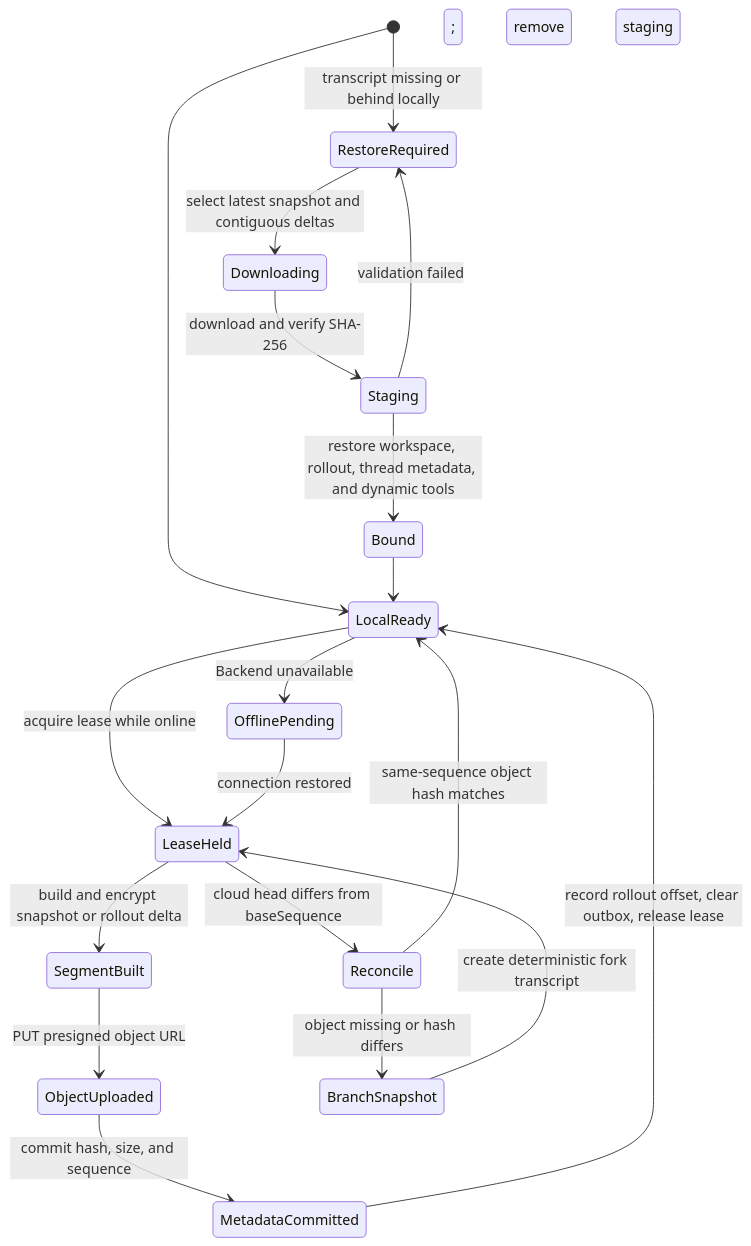
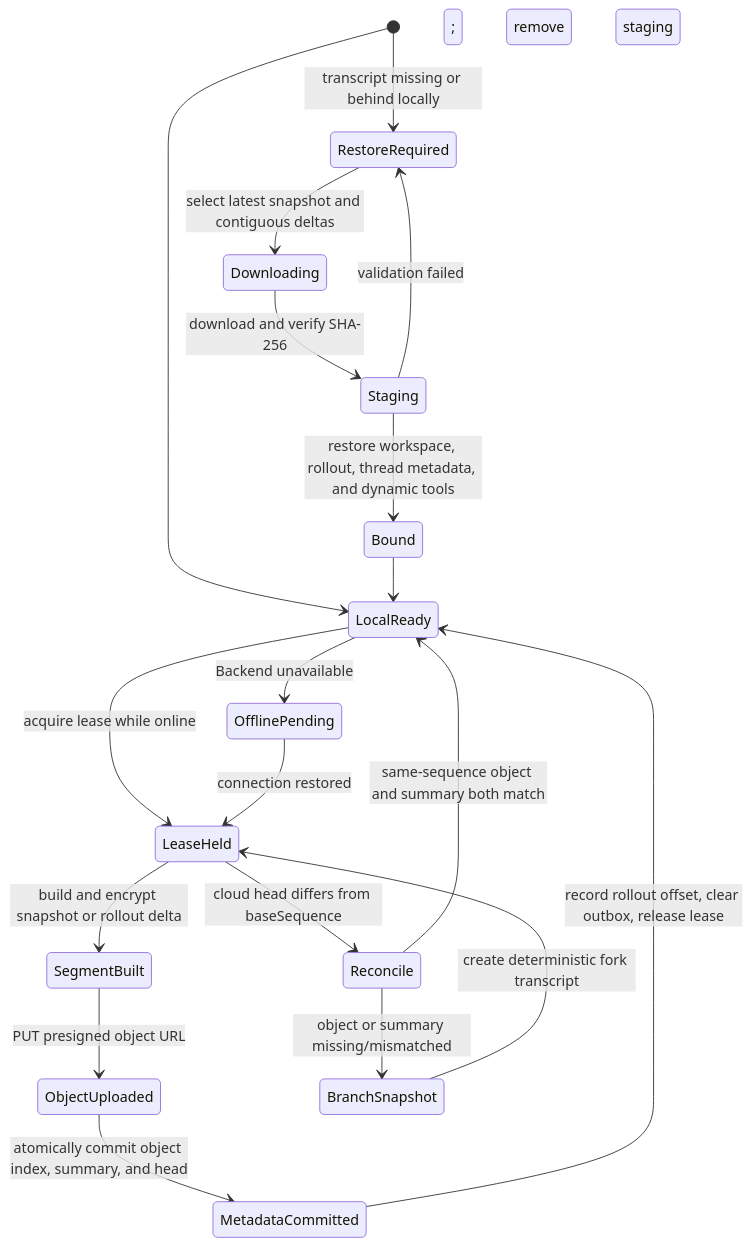
One commit to wecode-ai/Wegent changed the diagram in docs/en/wework/developer-guide/wework-transcript-sync.md. Above: the diagram before and after it, drawn with Mermaid. The commit also changed other lines of this file and 14 other files, not shown here.

````diff
--- a/docs/en/wework/developer-guide/wework-transcript-sync.md
+++ b/docs/en/wework/developer-guide/wework-transcript-sync.md
@@ -63,23 +75,23 @@
 ```mermaid
 stateDiagram-v2
     [*] --> LocalReady
     LocalReady --> LeaseHeld: acquire lease while online
     LocalReady --> OfflinePending: Backend unavailable
     OfflinePending --> LeaseHeld: connection restored
     LeaseHeld --> SegmentBuilt: build and encrypt snapshot or rollout delta
     SegmentBuilt --> ObjectUploaded: PUT presigned object URL
-    ObjectUploaded --> MetadataCommitted: commit hash, size, and sequence
+    ObjectUploaded --> MetadataCommitted: atomically commit object index, summary, and head
     MetadataCommitted --> LocalReady: record rollout offset, clear outbox, release lease
 
     LeaseHeld --> Reconcile: cloud head differs from baseSequence
-    Reconcile --> LocalReady: same-sequence object hash matches
-    Reconcile --> BranchSnapshot: object missing or hash differs
+    Reconcile --> LocalReady: same-sequence object and summary both match
+    Reconcile --> BranchSnapshot: object or summary missing/mismatched
     BranchSnapshot --> LeaseHeld: create deterministic fork transcript
 
     [*] --> RestoreRequired: transcript missing or behind locally
     RestoreRequired --> Downloading: select latest snapshot and contiguous deltas
     Downloading --> Staging: download and verify SHA-256
     Staging --> Bound: restore workspace, rollout, thread metadata, and dynamic tools
     Staging --> RestoreRequired: validation failed; remove staging
     Bound --> LocalReady
 ```
````
